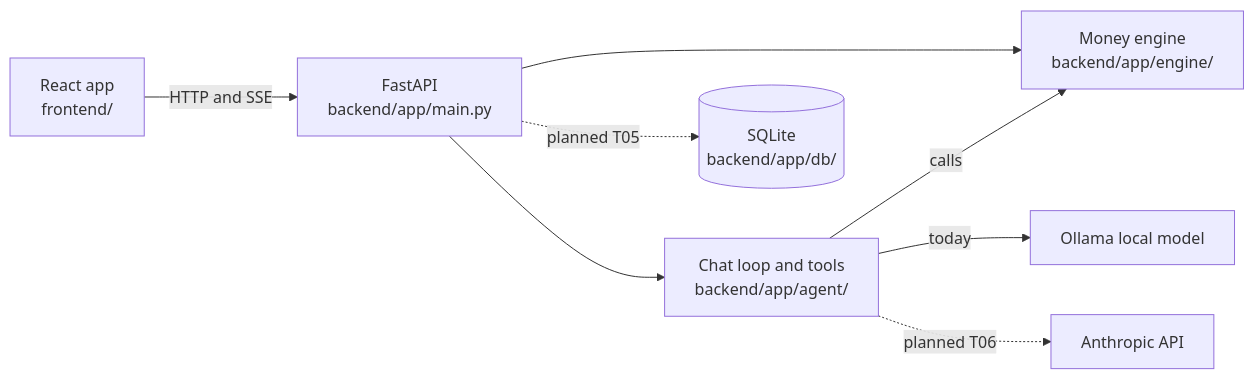
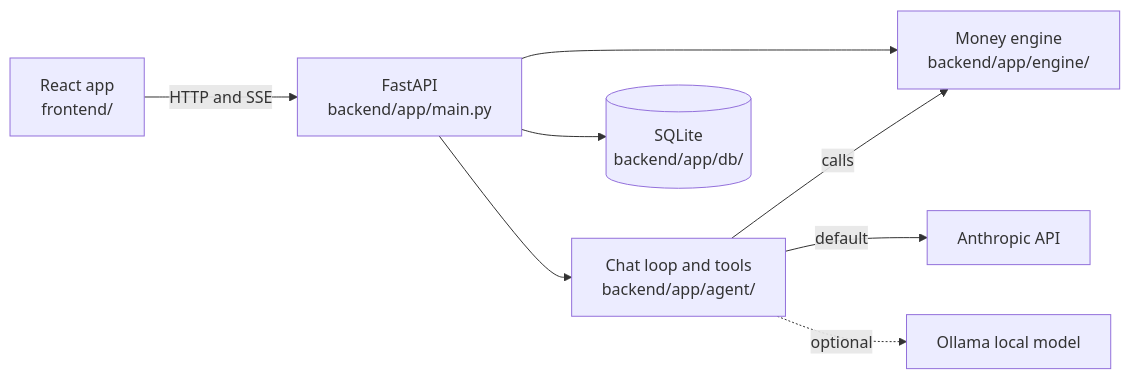
Before and after one commit to calebabr/codelinc11: the diagram in README.md, drawn with Mermaid. The commit also changed other lines of this file and 12 other files, not shown here.

````diff
--- a/README.md
+++ b/README.md
@@ -25,10 +26,10 @@
 ```mermaid
 flowchart LR
   UI[React app<br/>frontend/] -->|HTTP and SSE| API[FastAPI<br/>backend/app/main.py]
   API --> ENG[Money engine<br/>backend/app/engine/]
   API --> AGENT[Chat loop and tools<br/>backend/app/agent/]
   AGENT -->|calls| ENG
-  AGENT -->|today| OLL[Ollama local model]
-  AGENT -.->|planned T06| ANT[Anthropic API]
-  API -.->|planned T05| DB[(SQLite<br/>backend/app/db/)]
+  AGENT -->|default| ANT[Anthropic API]
+  AGENT -.->|optional| OLL[Ollama local model]
+  API --> DB[(SQLite<br/>backend/app/db/)]
 ```
````
